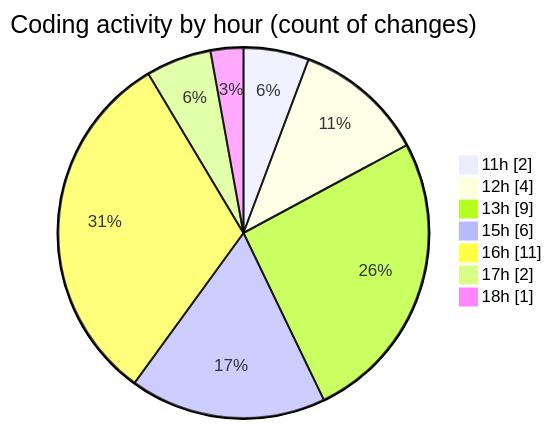
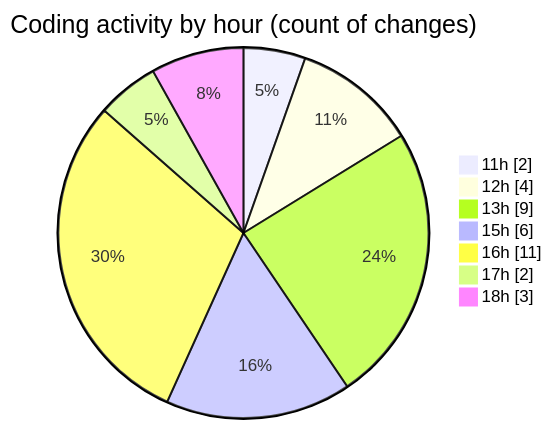
The second of 2 diagrams in 2025-12-28/nxtqube_webapp/README.md (nxtqubesakshisongat/code-tracking), drawn with Mermaid before and after one commit. The commit also changed other lines of this file and 1 other file, not shown here.

````diff
--- a/2025-12-28/nxtqube_webapp/README.md
+++ b/2025-12-28/nxtqube_webapp/README.md
@@ -37,11 +37,11 @@
 ```mermaid
 pie showData
 title Coding activity by hour (count of changes)
 "11h" : 2
 "12h" : 4
 "13h" : 9
 "15h" : 6
 "16h" : 11
 "17h" : 2
-"18h" : 1
+"18h" : 3
 ```
````
